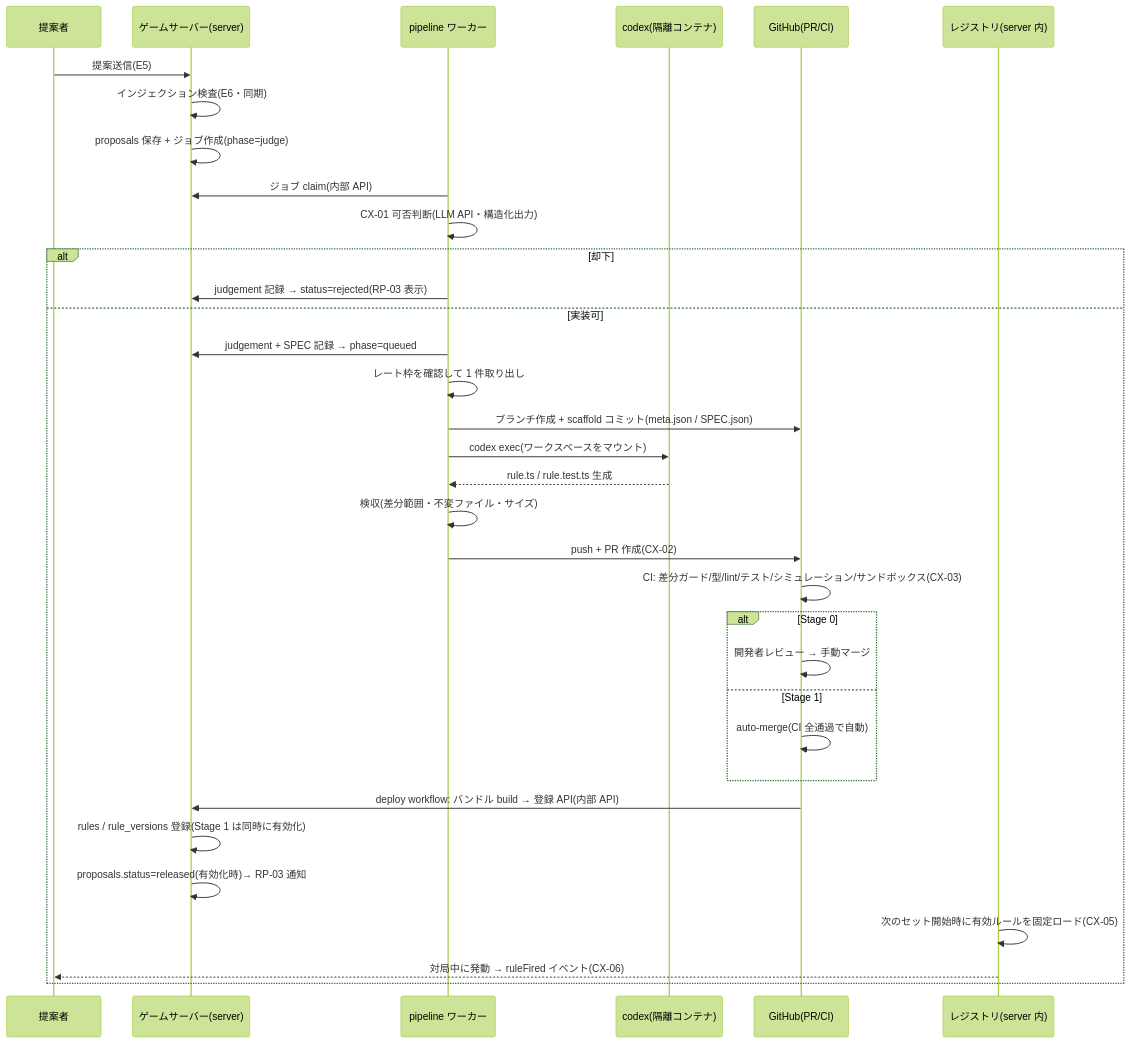
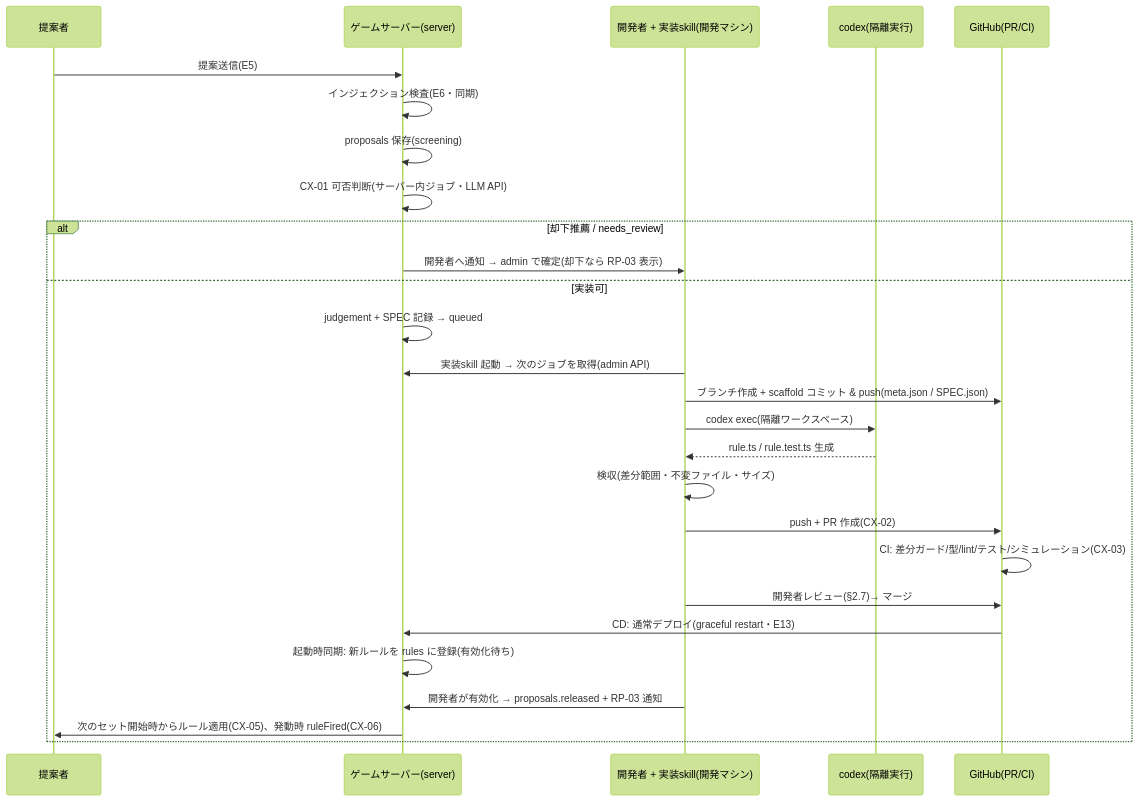
Before and after one commit to qsona/daifugo-together: the diagram in docs/epics/E07-codex-pipeline.md, drawn with Mermaid (forest theme). The commit also changed other lines of this file and 3 other files, not shown here.

````diff
--- a/docs/epics/E07-codex-pipeline.md
+++ b/docs/epics/E07-codex-pipeline.md
@@ -69,37 +80,30 @@
 ```mermaid
 sequenceDiagram
     participant U as 提案者
     participant S as ゲームサーバー(server)
-    participant W as pipeline ワーカー
-    participant C as codex(隔離コンテナ)
+    participant D as 開発者 + 実装skill(開発マシン)
+    participant C as codex(隔離実行)
     participant G as GitHub(PR/CI)
-    participant R as レジストリ(server 内)
 
     U->>S: 提案送信(E5)
     S->>S: インジェクション検査(E6・同期)
-    S->>S: proposals 保存 + ジョブ作成(phase=judge)
-    W->>S: ジョブ claim(内部 API)
-    W->>W: CX-01 可否判断(LLM API・構造化出力)
-    alt 却下
-        W->>S: judgement 記録 → status=rejected(RP-03 表示)
+    S->>S: proposals 保存(screening)
+    S->>S: CX-01 可否判断(サーバー内ジョブ・LLM API)
+    alt 却下推薦 / needs_review
+        S->>D: 開発者へ通知 → admin で確定(却下なら RP-03 表示)
     else 実装可
-        W->>S: judgement + SPEC 記録 → phase=queued
-        W->>W: レート枠を確認して 1 件取り出し
-        W->>G: ブランチ作成 + scaffold コミット(meta.json / SPEC.json)
-        W->>C: codex exec(ワークスペースをマウント)
-        C-->>W: rule.ts / rule.test.ts 生成
-        W->>W: 検収(差分範囲・不変ファイル・サイズ)
-        W->>G: push + PR 作成(CX-02)
-        G->>G: CI: 差分ガード/型/lint/テスト/シミュレーション/サンドボックス(CX-03)
-        alt Stage 0
-            G->>G: 開発者レビュー → 手動マージ
-        else Stage 1
-            G->>G: auto-merge(CI 全通過で自動)
-        end
-        G->>S: deploy workflow: バンドル build → 登録 API(内部 API)
-        S->>S: rules / rule_versions 登録(Stage 1 は同時に有効化)
-        S->>S: proposals.status=released(有効化時)→ RP-03 通知
-        R->>R: 次のセット開始時に有効ルールを固定ロード(CX-05)
-        R-->>U: 対局中に発動 → ruleFired イベント(CX-06)
+        S->>S: judgement + SPEC 記録 → queued
+        D->>S: 実装skill 起動 → 次のジョブを取得(admin API)
+        D->>G: ブランチ作成 + scaffold コミット & push(meta.json / SPEC.json)
+        D->>C: codex exec(隔離ワークスペース)
+        C-->>D: rule.ts / rule.test.ts 生成
+        D->>D: 検収(差分範囲・不変ファイル・サイズ)
+        D->>G: push + PR 作成(CX-02)
+        G->>G: CI: 差分ガード/型/lint/テスト/シミュレーション(CX-03)
+        D->>G: 開発者レビュー(§2.7)→ マージ
+        G->>S: CD: 通常デプロイ(graceful restart・E13)
+        S->>S: 起動時同期: 新ルールを rules に登録(有効化待ち)
+        D->>S: 開発者が有効化 → proposals.released + RP-03 通知
+        S->>U: 次のセット開始時からルール適用(CX-05)、発動時 ruleFired(CX-06)
     end
 ```
````
